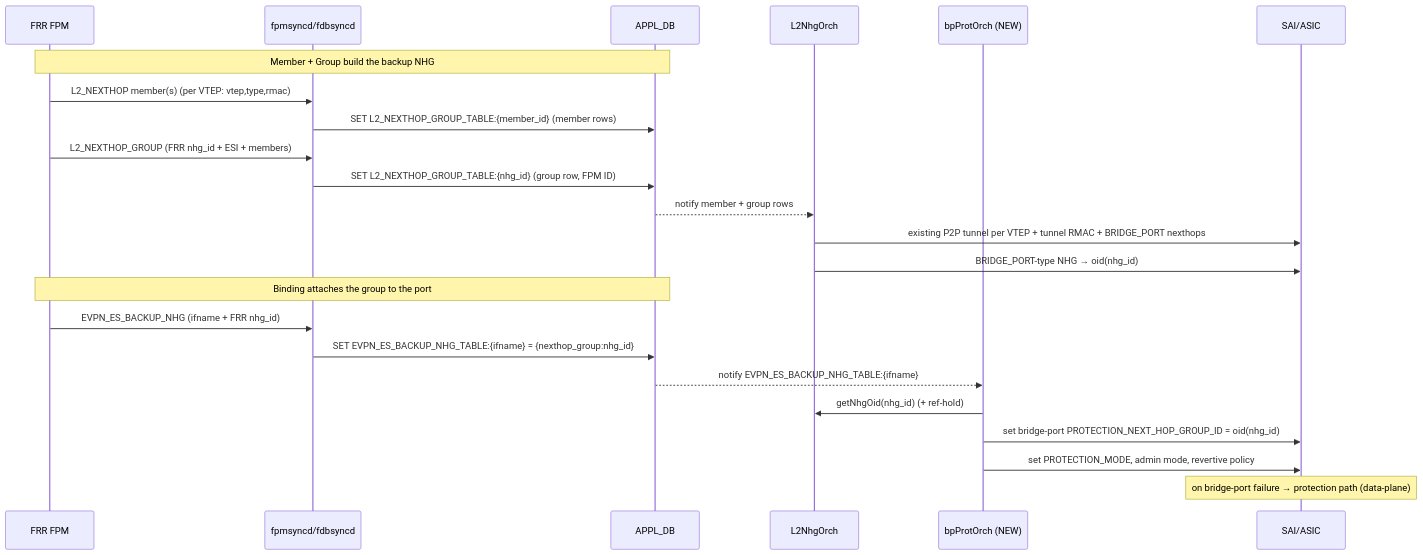
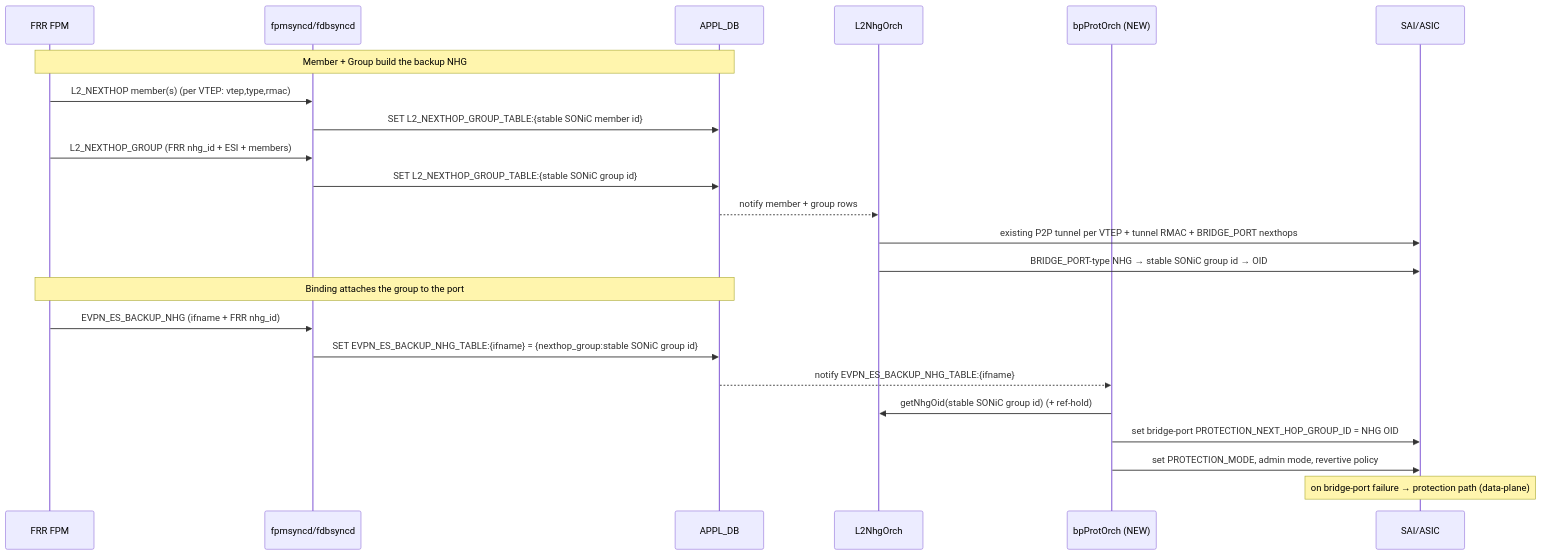
Before and after one commit to sonic-net/SONiC: the third of 8 diagrams in doc/vxlan/EVPN/BridgePort_Protection_HLD.md, drawn with Mermaid. The commit also changed other lines of this file, not shown here.

First line of the commit message:
[doc] Reconcile bridge-port protection replay

````diff
--- a/doc/vxlan/EVPN/BridgePort_Protection_HLD.md
+++ b/doc/vxlan/EVPN/BridgePort_Protection_HLD.md
@@ -352,26 +354,26 @@
 ```mermaid
 sequenceDiagram
     participant FPM as FRR FPM
     participant SY as fpmsyncd/fdbsyncd
     participant APP as APPL_DB
     participant L2 as L2NhgOrch
     participant BP as bpProtOrch (NEW)
     participant SAI as SAI/ASIC
 
     Note over FPM,APP: Member + Group build the backup NHG
     FPM->>SY: L2_NEXTHOP member(s) (per VTEP: vtep,type,rmac)
-    SY->>APP: SET L2_NEXTHOP_GROUP_TABLE:{member_id} (member rows)
+    SY->>APP: SET L2_NEXTHOP_GROUP_TABLE:{stable SONiC member id}
     FPM->>SY: L2_NEXTHOP_GROUP (FRR nhg_id + ESI + members)
-    SY->>APP: SET L2_NEXTHOP_GROUP_TABLE:{nhg_id} (group row, FPM ID)
+    SY->>APP: SET L2_NEXTHOP_GROUP_TABLE:{stable SONiC group id}
     APP-->>L2: notify member + group rows
     L2->>SAI: existing P2P tunnel per VTEP + tunnel RMAC + BRIDGE_PORT nexthops
-    L2->>SAI: BRIDGE_PORT-type NHG → oid(nhg_id)
+    L2->>SAI: BRIDGE_PORT-type NHG → stable SONiC group id → OID
     Note over FPM,APP: Binding attaches the group to the port
     FPM->>SY: EVPN_ES_BACKUP_NHG (ifname + FRR nhg_id)
-    SY->>APP: SET EVPN_ES_BACKUP_NHG_TABLE:{ifname} = {nexthop_group:nhg_id}
+    SY->>APP: SET EVPN_ES_BACKUP_NHG_TABLE:{ifname} = {nexthop_group:stable SONiC group id}
     APP-->>BP: notify EVPN_ES_BACKUP_NHG_TABLE:{ifname}
-    BP->>L2: getNhgOid(nhg_id) (+ ref-hold)
-    BP->>SAI: set bridge-port PROTECTION_NEXT_HOP_GROUP_ID = oid(nhg_id)
+    BP->>L2: getNhgOid(stable SONiC group id) (+ ref-hold)
+    BP->>SAI: set bridge-port PROTECTION_NEXT_HOP_GROUP_ID = NHG OID
     BP->>SAI: set PROTECTION_MODE, admin mode, revertive policy
     Note over SAI: on bridge-port failure → protection path (data-plane)
 ```
````
